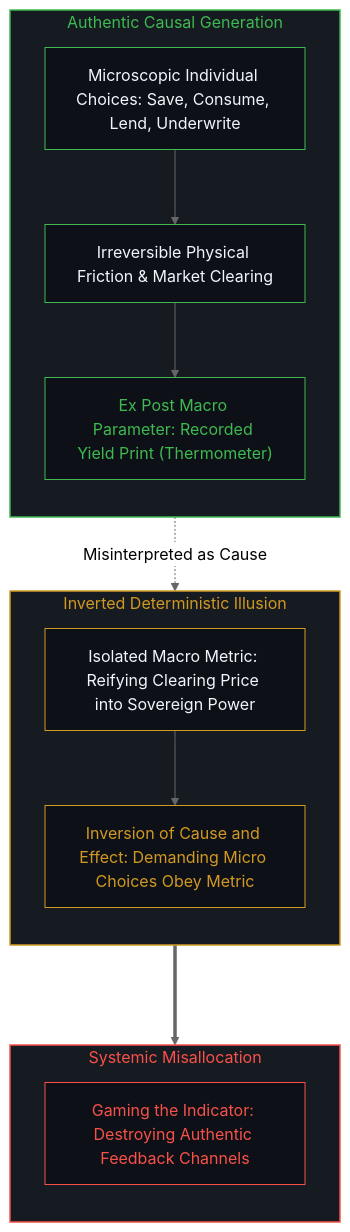
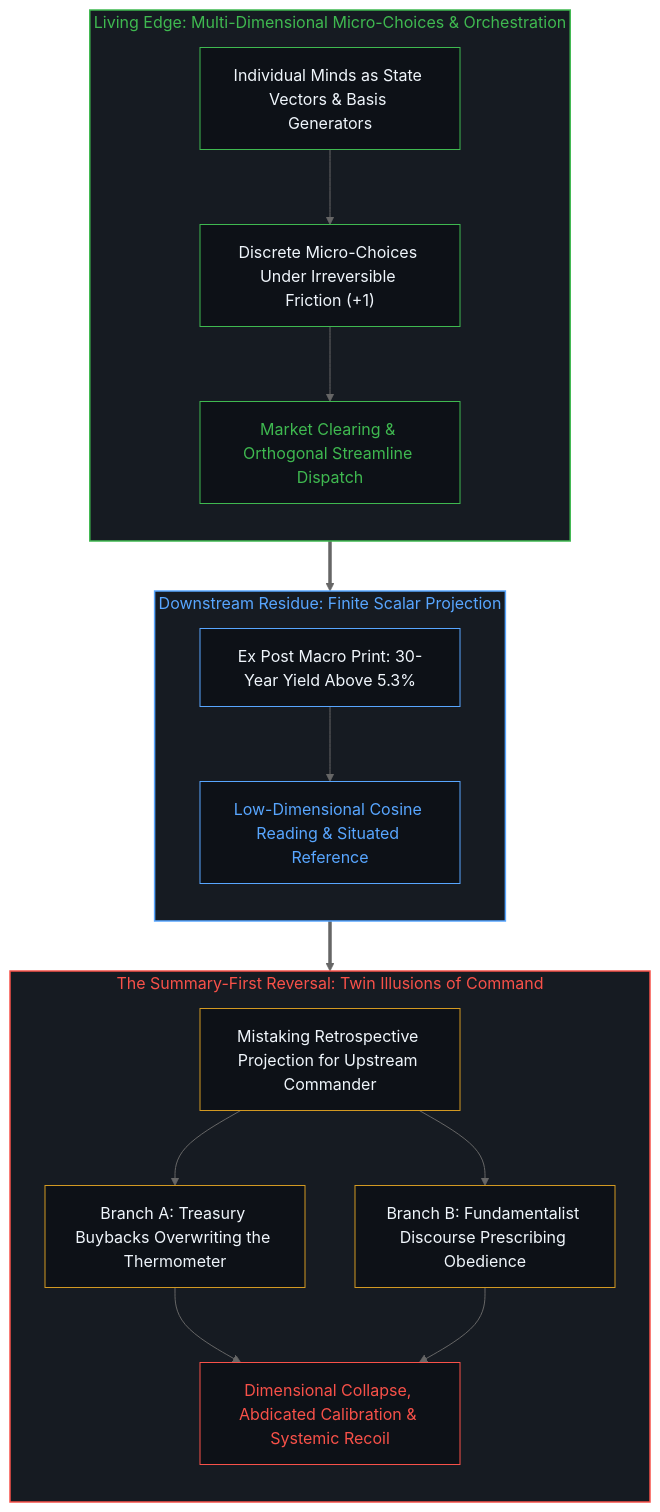
Before and after one commit to powerpig99/not-a-toe: the second of 2 diagrams in content/posts/the-summary-first-reversal-and-the-command-of-yields.md, drawn with Mermaid (neutral theme). The commit also changed other lines of this file and 1 other file, not shown here.

Commit message:
Refine the-summary-first-reversal-and-the-command-of-yields (Wave 3 L2 #138)

````diff
--- a/content/posts/the-summary-first-reversal-and-the-command-of-yields.md
+++ b/content/posts/the-summary-first-reversal-and-the-command-of-yields.md
@@ -137,31 +90,38 @@
 ```mermaid
-graph TD
-    subgraph S_CausalReality_EN ["Authentic Causal Generation"]
+flowchart TD
+    subgraph S_Edge["Living Edge: Multi-Dimensional Micro-Choices & Orchestration"]
         direction TB
-        DE1["Microscopic Individual Choices: Save, Consume, Lend, Underwrite"] --> DE2["Irreversible Physical Friction & Market Clearing"]
-        DE2 --> DE3["Ex Post Macro Parameter: Recorded Yield Print (Thermometer)"]
+        M1["Individual Minds as State Vectors & Basis Generators"] --> M2["Discrete Micro-Choices Under Irreversible Friction (+1)"]
+        M2 --> M3["Market Clearing & Orthogonal Streamline Dispatch"]
     end
 
-    subgraph S_InvertedIllusion_EN ["Inverted Deterministic Illusion"]
+    subgraph S_Trace["Downstream Residue: Finite Scalar Projection"]
         direction TB
-        EE1["Isolated Macro Metric: Reifying Clearing Price into Sovereign Power"] --> EE2["Inversion of Cause and Effect: Demanding Micro Choices Obey Metric"]
+        T1["Ex Post Macro Print: 30-Year Yield Above 5.3%"] --> T2["Low-Dimensional Cosine Reading & Situated Reference"]
     end
 
-    subgraph S_DistortionResult_EN ["Systemic Misallocation"]
+    subgraph S_Reversal["The Summary-First Reversal: Twin Illusions of Command"]
         direction TB
-        FE1["Gaming the Indicator: Destroying Authentic Feedback Channels"]
+        R1["Mistaking Retrospective Projection for Upstream Commander"]
+        R1 --> R2["Branch A: Treasury Buybacks Overwriting the Thermometer"]
+        R1 --> R3["Branch B: Fundamentalist Discourse Prescribing Obedience"]
+        R2 --> R4["Dimensional Collapse, Abdicated Calibration & Systemic Recoil"]
+        R3 --> R4
     end
 
-    DE3 -. Misinterpreted as Cause .-> EE1
-    EE2 ===> FE1
+    M3 ==> T1
+    T2 ==> R1
 
-    style S_CausalReality_EN fill:#161b22,stroke:#3fb950,stroke-width:1.5px,color:#3fb950
-    style S_InvertedIllusion_EN fill:#161b22,stroke:#d29922,stroke-width:1.5px,color:#d29922
-    style S_DistortionResult_EN fill:#161b22,stroke:#f85149,stroke-width:1.5px,color:#f85149
-    style DE1 fill:#0d1117,stroke:#3fb950,stroke-width:1px,color:#f0f6fc
-    style DE2 fill:#0d1117,stroke:#3fb950,stroke-width:1px,color:#f0f6fc
-    style DE3 fill:#0d1117,stroke:#3fb950,stroke-width:1px,color:#3fb950
-    style EE1 fill:#0d1117,stroke:#d29922,stroke-width:1px,color:#f0f6fc
-    style EE2 fill:#0d1117,stroke:#d29922,stroke-width:1px,color:#d29922
-    style FE1 fill:#0d1117,stroke:#f85149,stroke-width:1px,color:#f85149
+    style S_Edge fill:#161b22,stroke:#3fb950,stroke-width:1.5px,color:#3fb950
+    style S_Trace fill:#161b22,stroke:#58a6ff,stroke-width:1.5px,color:#58a6ff
+    style S_Reversal fill:#161b22,stroke:#f85149,stroke-width:1.5px,color:#f85149
+    style M1 fill:#0d1117,stroke:#3fb950,stroke-width:1px,color:#f0f6fc
+    style M2 fill:#0d1117,stroke:#3fb950,stroke-width:1px,color:#f0f6fc
+    style M3 fill:#0d1117,stroke:#3fb950,stroke-width:1px,color:#3fb950
+    style T1 fill:#0d1117,stroke:#58a6ff,stroke-width:1px,color:#f0f6fc
+    style T2 fill:#0d1117,stroke:#58a6ff,stroke-width:1px,color:#58a6ff
+    style R1 fill:#0d1117,stroke:#d29922,stroke-width:1px,color:#f0f6fc
+    style R2 fill:#0d1117,stroke:#d29922,stroke-width:1px,color:#f0f6fc
+    style R3 fill:#0d1117,stroke:#d29922,stroke-width:1px,color:#f0f6fc
+    style R4 fill:#0d1117,stroke:#f85149,stroke-width:1px,color:#f85149
 ```
````
